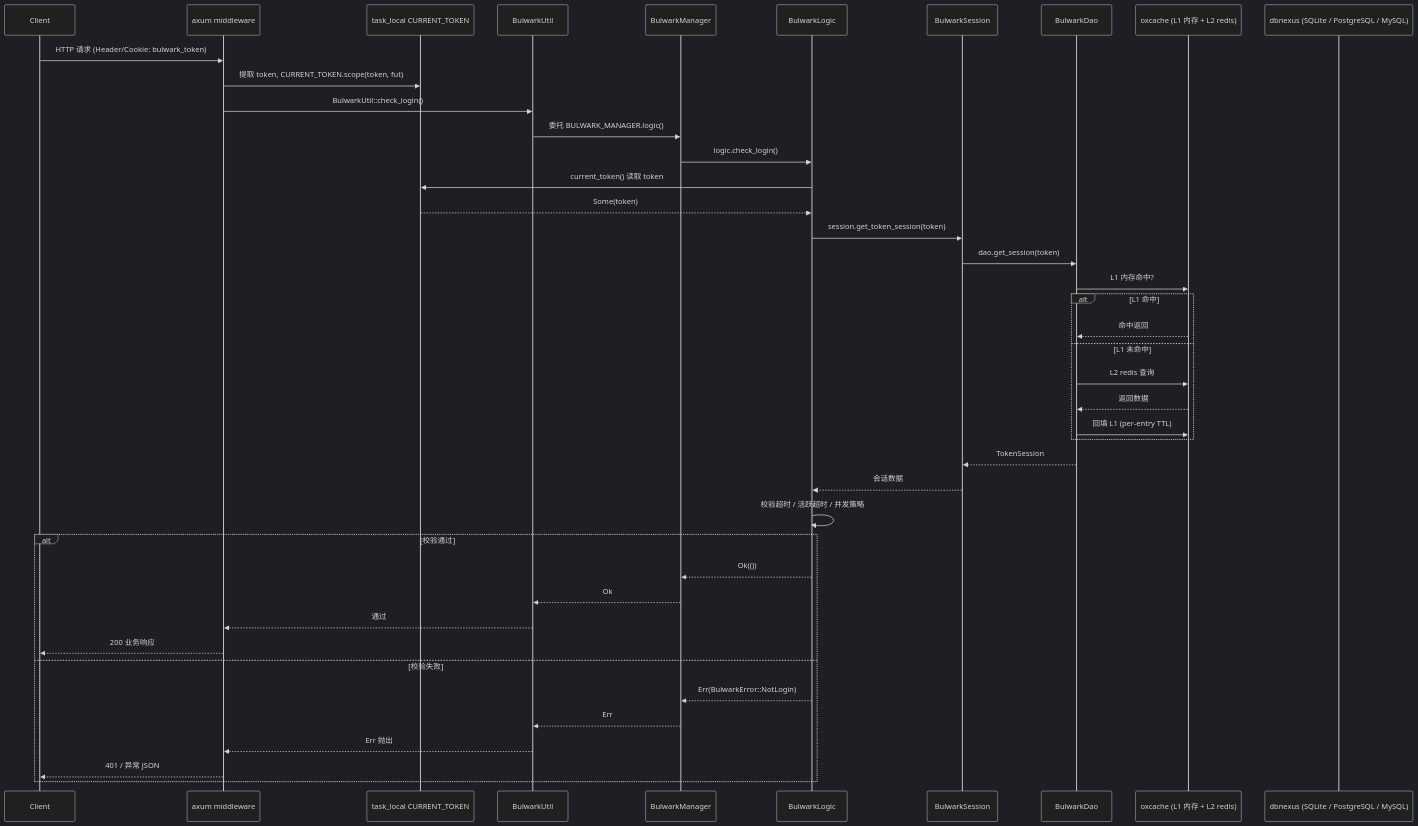
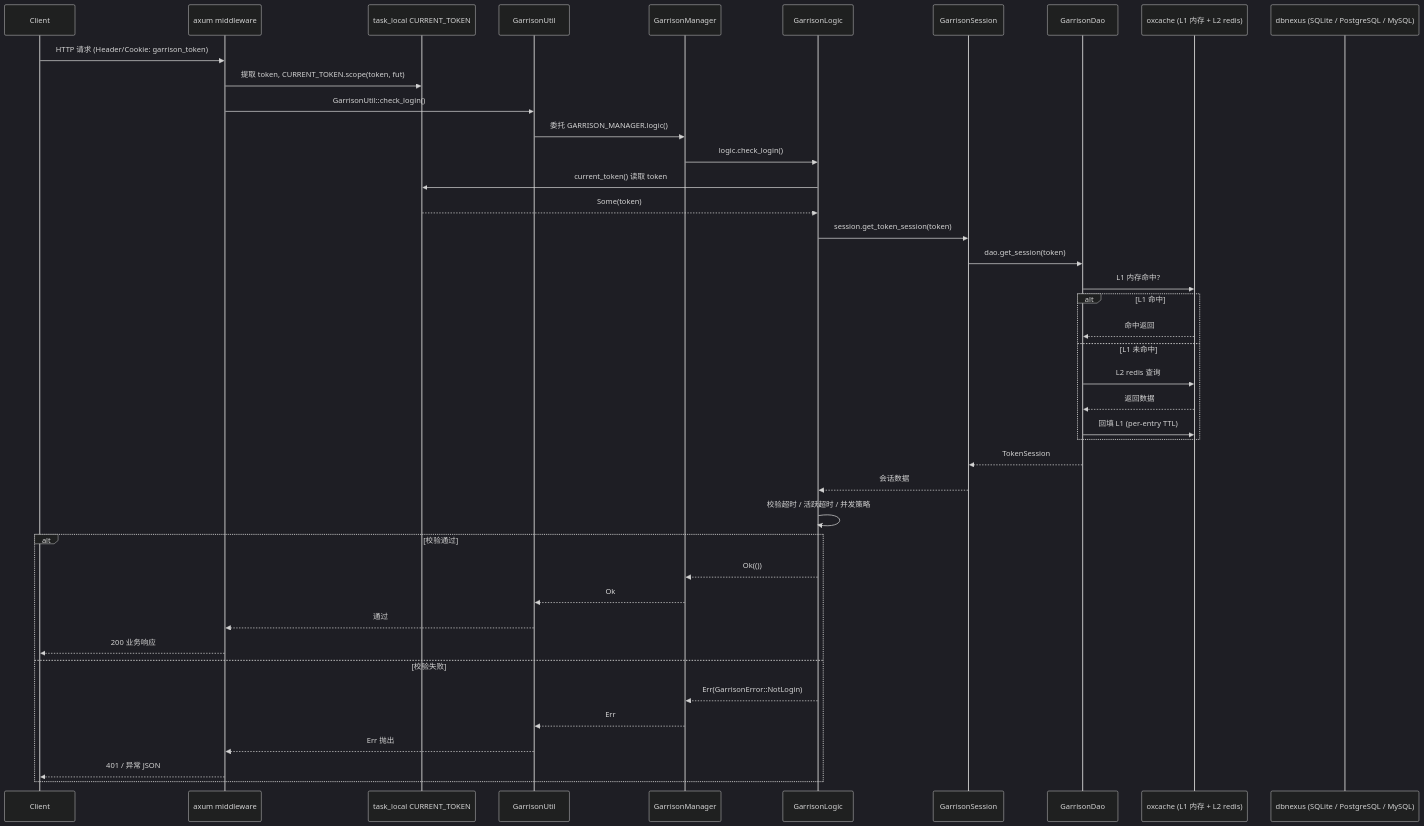
Before and after one commit to Kirky-X/garrison: the third of 3 diagrams in docs/ARCHITECTURE.md, drawn with Mermaid (dark theme). The commit also changed other lines of this file and 538 other files, not shown here.

First line of the commit message:
refactor: rename crate bulwark → garrison

````diff
--- a/docs/ARCHITECTURE.md
+++ b/docs/ARCHITECTURE.md
@@ -220,45 +220,45 @@
 ```mermaid
 sequenceDiagram
     participant C as Client
     participant AX as axum middleware
     participant TL as task_local CURRENT_TOKEN
-    participant BU as BulwarkUtil
-    participant BM as BulwarkManager
-    participant BL as BulwarkLogic
-    participant BS as BulwarkSession
-    participant BD as BulwarkDao
+    participant BU as GarrisonUtil
+    participant BM as GarrisonManager
+    participant BL as GarrisonLogic
+    participant BS as GarrisonSession
+    participant BD as GarrisonDao
     participant OC as oxcache (L1 内存 + L2 redis)
     participant DB as dbnexus (SQLite / PostgreSQL / MySQL)
 
-    C->>AX: HTTP 请求 (Header/Cookie: bulwark_token)
+    C->>AX: HTTP 请求 (Header/Cookie: garrison_token)
     AX->>TL: 提取 token, CURRENT_TOKEN.scope(token, fut)
-    AX->>BU: BulwarkUtil::check_login()
-    BU->>BM: 委托 BULWARK_MANAGER.logic()
+    AX->>BU: GarrisonUtil::check_login()
+    BU->>BM: 委托 GARRISON_MANAGER.logic()
     BM->>BL: logic.check_login()
     BL->>TL: current_token() 读取 token
     TL-->>BL: Some(token)
     BL->>BS: session.get_token_session(token)
     BS->>BD: dao.get_session(token)
     BD->>OC: L1 内存命中?
     alt L1 命中
         OC-->>BD: 命中返回
     else L1 未命中
         BD->>OC: L2 redis 查询
         OC-->>BD: 返回数据
         BD->>OC: 回填 L1 (per-entry TTL)
     end
     BD-->>BS: TokenSession
     BS-->>BL: 会话数据
     BL->>BL: 校验超时 / 活跃超时 / 并发策略
     alt 校验通过
         BL-->>BM: Ok(())
         BM-->>BU: Ok
         BU-->>AX: 通过
         AX-->>C: 200 业务响应
     else 校验失败
-        BL-->>BM: Err(BulwarkError::NotLogin)
+        BL-->>BM: Err(GarrisonError::NotLogin)
         BM-->>BU: Err
         BU-->>AX: Err 抛出
         AX-->>C: 401 / 异常 JSON
     end
 ```
````
